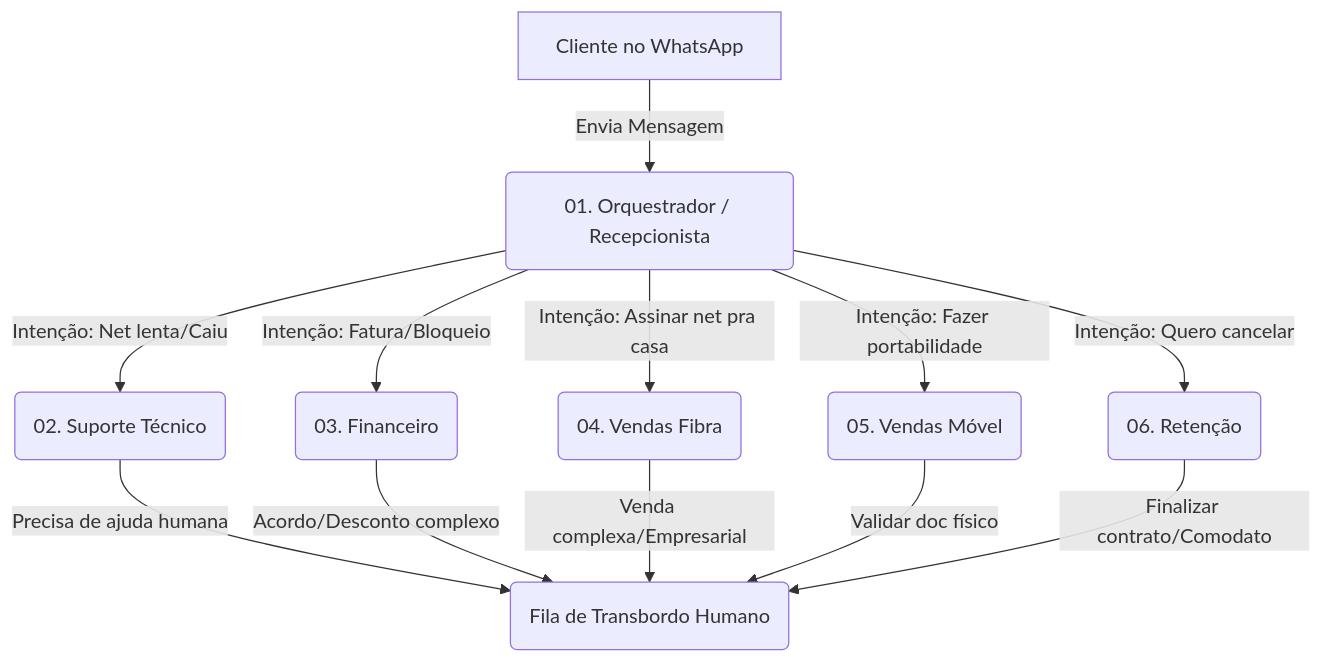
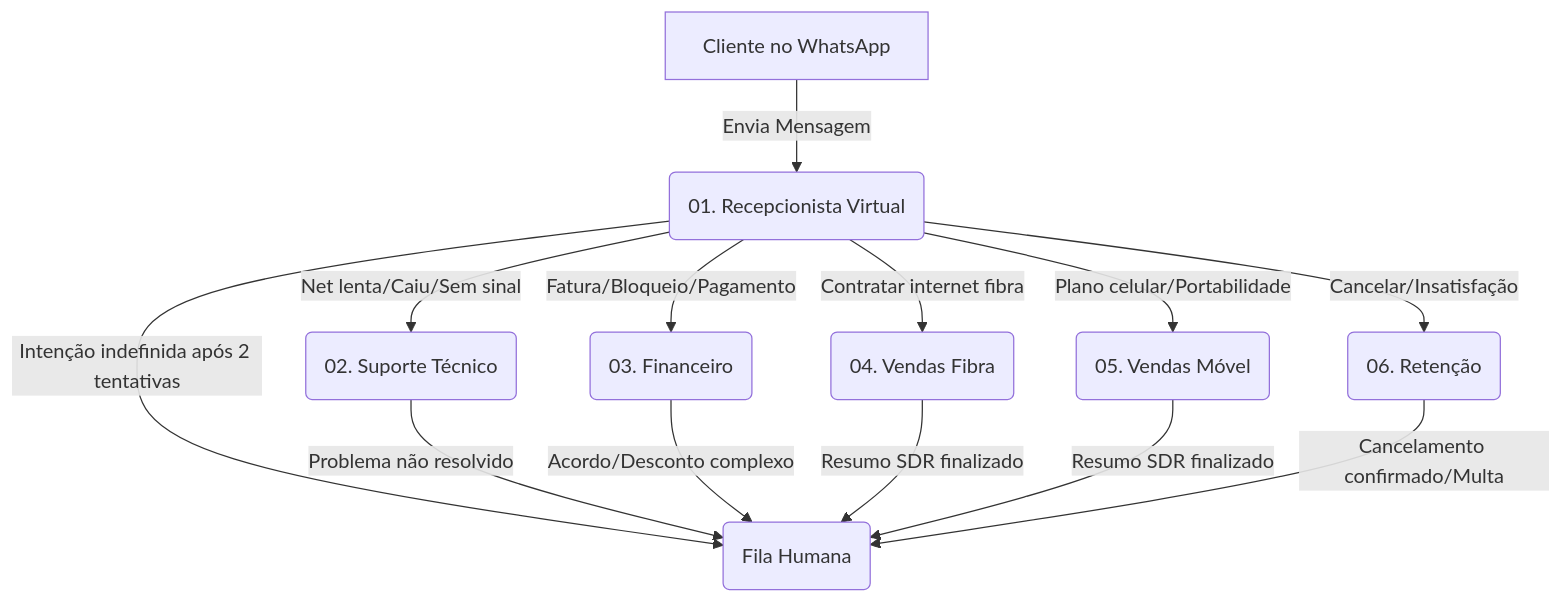
The diagram in docs/hubsoft-integration/prompts/crm-ai-agents/00-TUTORIAL-CRIACAO-AGENTES.md (Luizcc87/evo-crm-community), drawn with Mermaid before and after one commit. The commit also changed other lines of this file and 4 other files, not shown here.

````diff
--- a/docs/hubsoft-integration/prompts/crm-ai-agents/00-TUTORIAL-CRIACAO-AGENTES.md
+++ b/docs/hubsoft-integration/prompts/crm-ai-agents/00-TUTORIAL-CRIACAO-AGENTES.md
@@ -52,16 +142,17 @@
 ```mermaid
 graph TD
-    Cliente[Cliente no WhatsApp] -->|Envia Mensagem| ORQ(01. Orquestrador / Recepcionista)
-    
-    ORQ -->|Intenção: Net lenta/Caiu| SUP(02. Suporte Técnico)
-    ORQ -->|Intenção: Fatura/Bloqueio| FIN(03. Financeiro)
-    ORQ -->|Intenção: Assinar net pra casa| VF(04. Vendas Fibra)
-    ORQ -->|Intenção: Fazer portabilidade| VM(05. Vendas Móvel)
-    ORQ -->|Intenção: Quero cancelar| RET(06. Retenção)
-    
-    SUP -->|Precisa de ajuda humana| HUM(Fila de Transbordo Humano)
+    Cliente[Cliente no WhatsApp] -->|Envia Mensagem| ORQ(01. Recepcionista Virtual)
+
+    ORQ -->|Net lenta/Caiu/Sem sinal| SUP(02. Suporte Técnico)
+    ORQ -->|Fatura/Bloqueio/Pagamento| FIN(03. Financeiro)
+    ORQ -->|Contratar internet fibra| VF(04. Vendas Fibra)
+    ORQ -->|Plano celular/Portabilidade| VM(05. Vendas Móvel)
+    ORQ -->|Cancelar/Insatisfação| RET(06. Retenção)
+    ORQ -->|Intenção indefinida após 2 tentativas| HUM(Fila Humana)
+
+    SUP -->|Problema não resolvido| HUM
     FIN -->|Acordo/Desconto complexo| HUM
-    VF -->|Venda complexa/Empresarial| HUM
-    VM -->|Validar doc físico| HUM
-    RET -->|Finalizar contrato/Comodato| HUM
+    VF -->|Resumo SDR finalizado| HUM
+    VM -->|Resumo SDR finalizado| HUM
+    RET -->|Cancelamento confirmado/Multa| HUM
 ```
````
